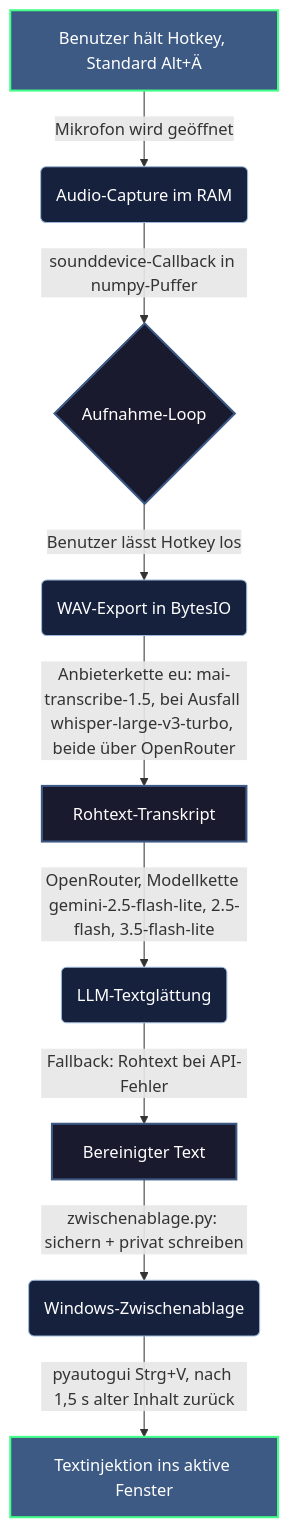
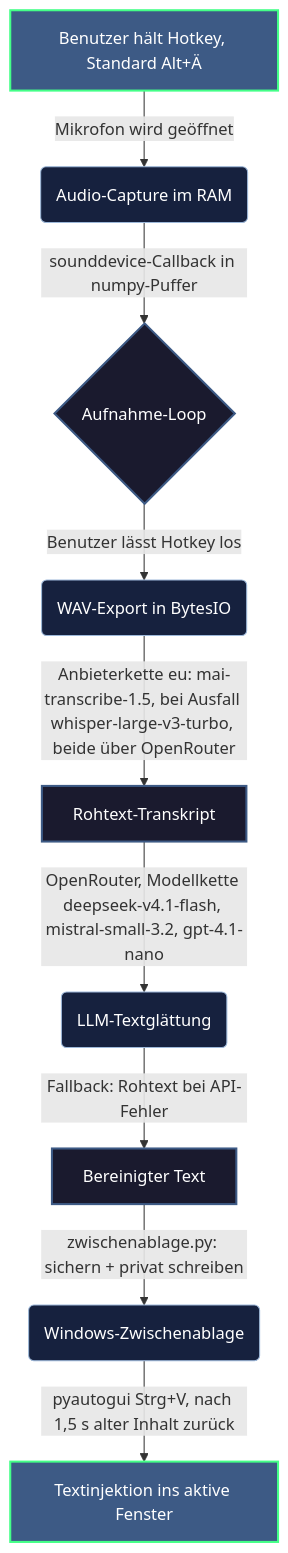
Before and after one commit to HeartledAgentEngineer/it-ot-agentic-engineering: the diagram in 02_Softwareentwicklung_IT/typeFREE/README.md, drawn with Mermaid. The commit also changed other lines of this file and 3 other files, not shown here.

````diff
--- a/02_Softwareentwicklung_IT/typeFREE/README.md
+++ b/02_Softwareentwicklung_IT/typeFREE/README.md
@@ -133,37 +67,19 @@
 ```mermaid
-
 graph TD
-
     %% Styling
-
     classDef default fill:#1a1a2e,stroke:#3d5a85,stroke-width:2px,color:#ffffff;
-
     classDef process fill:#16213e,stroke:#9db8d9,stroke-width:1px,color:#ffffff;
-
     classDef highlight fill:#3d5a85,stroke:#44ff88,stroke-width:2px,color:#ffffff;
 
-
-
     A[Benutzer hält Hotkey, Standard Alt+Ä] -->|Mikrofon wird geöffnet| B(Audio-Capture im RAM)
-
     B -->|sounddevice-Callback in numpy-Puffer| C{Aufnahme-Loop}
-
     C -->|Benutzer lässt Hotkey los| D(WAV-Export in BytesIO)
-
     D -->|Anbieterkette eu: mai-transcribe-1.5, bei Ausfall whisper-large-v3-turbo, beide über OpenRouter| E[Rohtext-Transkript]
-
-    E -->|OpenRouter, Modellkette gemini-2.5-flash-lite, 2.5-flash, 3.5-flash-lite| F(LLM-Textglättung)
-
+    E -->|OpenRouter, Modellkette deepseek-v4.1-flash, mistral-small-3.2, gpt-4.1-nano| F(LLM-Textglättung)
     F -->|Fallback: Rohtext bei API-Fehler| G[Bereinigter Text]
-
     G -->|zwischenablage.py: sichern + privat schreiben| H(Windows-Zwischenablage)
-
     H -->|pyautogui Strg+V, nach 1,5 s alter Inhalt zurück| I[Textinjektion ins aktive Fenster]
 
-
-
     class A,I highlight;
-
     class B,D,F,H process;
-
 ```
````
